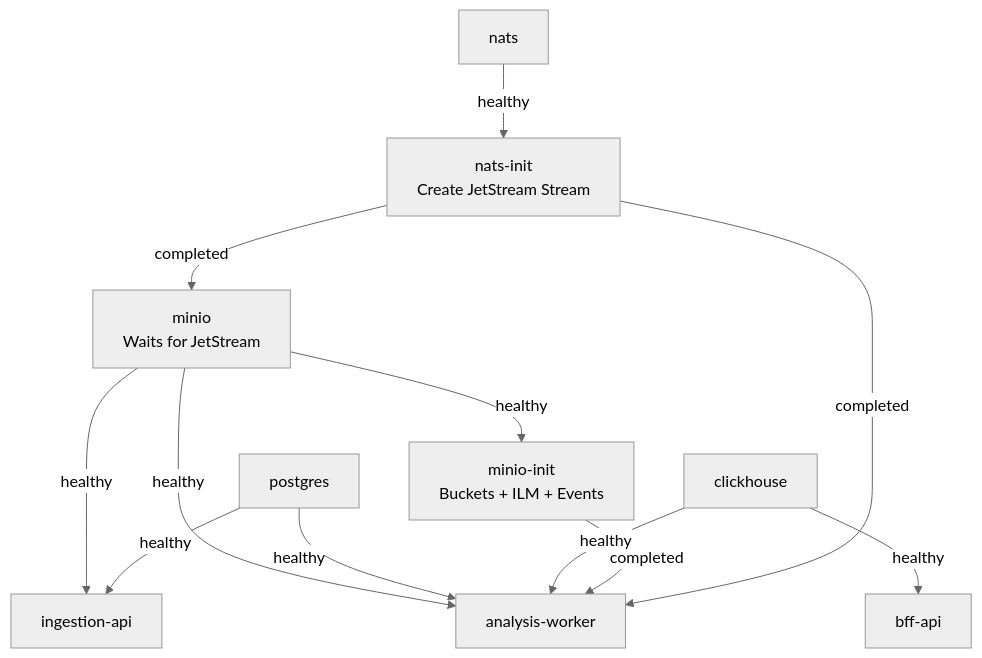
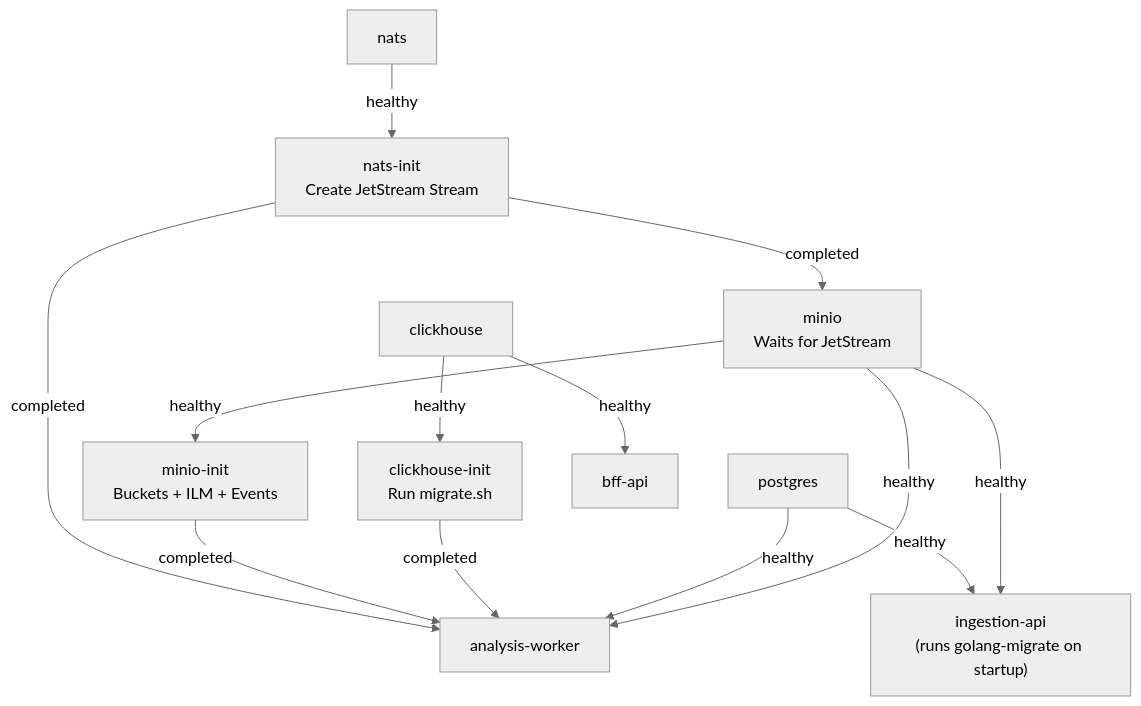
The second of 4 diagrams in docs/arc42/07_deployment_view.md (frogfromlake/aer), drawn with Mermaid (neutral theme) before and after one commit. The commit also changed other lines of this file and 6 other files, not shown here.

````diff
--- a/docs/arc42/07_deployment_view.md
+++ b/docs/arc42/07_deployment_view.md
@@ -97,14 +98,15 @@
 ```mermaid
 graph TD
     NATS[nats] -->|healthy| NATSInit[nats-init<br/>Create JetStream Stream]
     NATSInit -->|completed| MinIO[minio<br/>Waits for JetStream]
     MinIO -->|healthy| MinIOInit[minio-init<br/>Buckets + ILM + Events]
-    Postgres[postgres] -->|healthy| IngestionAPI[ingestion-api]
+    Postgres[postgres] -->|healthy| IngestionAPI["ingestion-api<br/>(runs golang-migrate on startup)"]
     MinIO -->|healthy| IngestionAPI
+    ClickHouse[clickhouse] -->|healthy| CHInit[clickhouse-init<br/>Run migrate.sh]
     NATSInit -->|completed| Worker[analysis-worker]
     MinIOInit -->|completed| Worker
-    ClickHouse[clickhouse] -->|healthy| Worker
+    CHInit -->|completed| Worker
     Postgres -->|healthy| Worker
     MinIO -->|healthy| Worker
     ClickHouse -->|healthy| BFF[bff-api]
 ```
````
